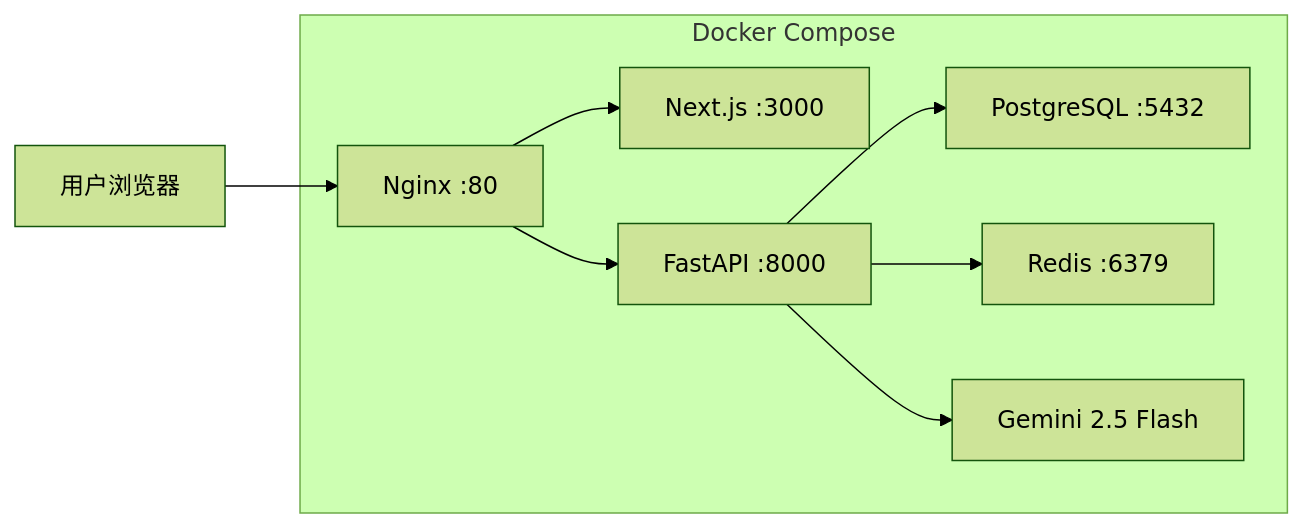
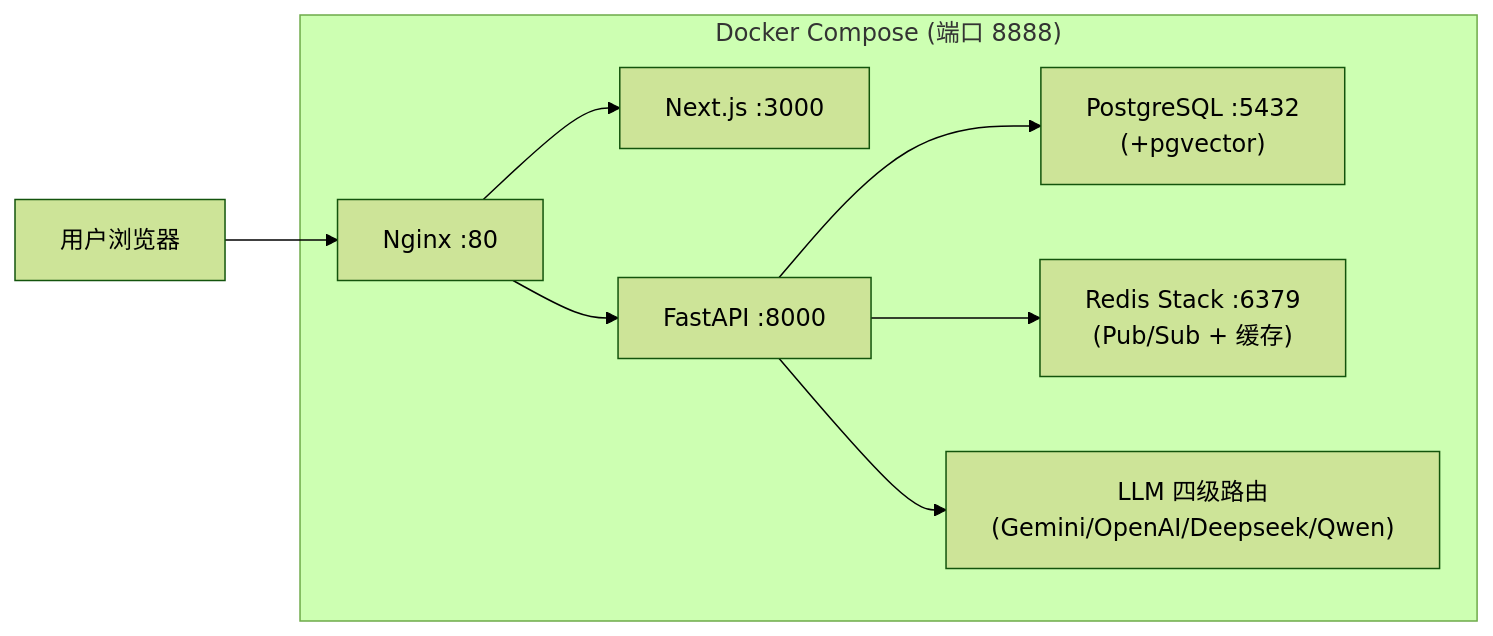
Before and after one commit to jdeng0936-blip/shengxianshicai: the diagram in docs/artifacts/walkthrough.md, drawn with Mermaid (forest theme). The commit also changed other lines of this file and 2 other files, not shown here.

First line of the commit message:
chore(docs+gitignore): 同步文档至鲜标智投 W5 现状 + 忽略 GEMINI.md 和嵌套仓库

````diff
--- a/docs/artifacts/walkthrough.md
+++ b/docs/artifacts/walkthrough.md
@@ -67,11 +84,11 @@
 ```mermaid
 graph LR
-    subgraph "Docker Compose"
+    subgraph "Docker Compose (端口 8888)"
         N["Nginx :80"] --> F["Next.js :3000"]
         N --> A["FastAPI :8000"]
-        A --> P["PostgreSQL :5432"]
-        A --> R["Redis :6379"]
-        A --> G["Gemini 2.5 Flash"]
+        A --> P["PostgreSQL :5432\n(+pgvector)"]
+        A --> R["Redis Stack :6379\n(Pub/Sub + 缓存)"]
+        A --> L["LLM 四级路由\n(Gemini/OpenAI/Deepseek/Qwen)"]
     end
     U["用户浏览器"] --> N
 ```
````
